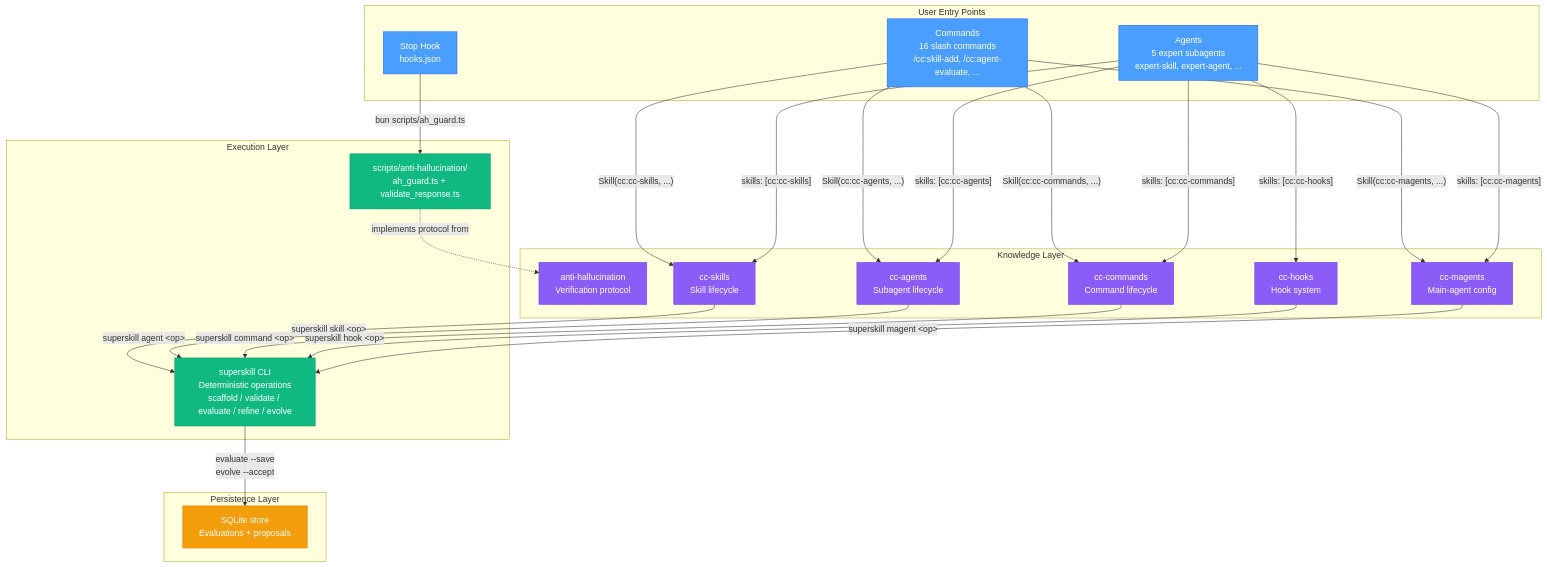
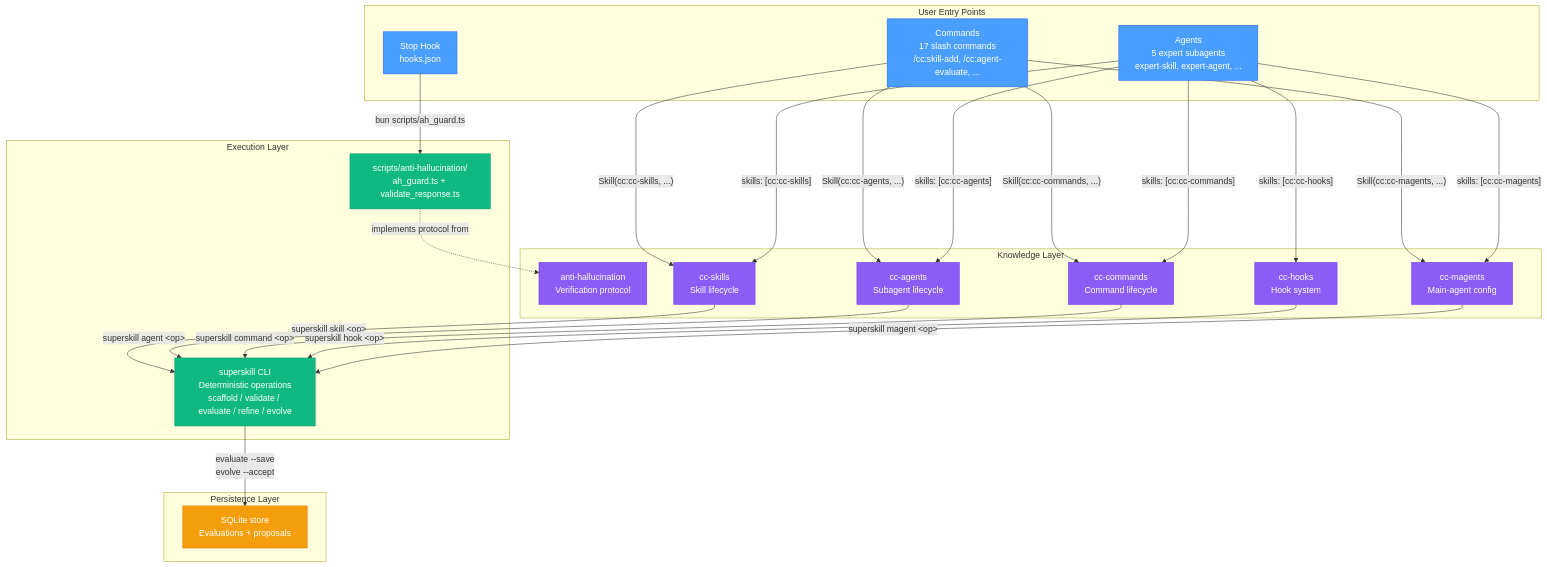
Before and after one commit to gobing-ai/superskill: the diagram in plugins/cc/README.md, drawn with Mermaid. The commit also changed other lines of this file and 4 other files, not shown here.

````diff
--- a/plugins/cc/README.md
+++ b/plugins/cc/README.md
@@ -152,66 +150,65 @@
 ```mermaid
 graph TB
     subgraph "User Entry Points"
-        CMD["Commands<br/>16 slash commands<br/>/cc:skill-add, /cc:agent-evaluate, ..."]
+        CMD["Commands<br/>17 slash commands<br/>/cc:skill-add, /cc:agent-evaluate, ..."]
         AGENT["Agents<br/>5 expert subagents<br/>expert-skill, expert-agent, ..."]
         HOOK["Stop Hook<br/>hooks.json"]
     end
-
     subgraph "Knowledge Layer"
         SKILL_AH["anti-hallucination<br/>Verification protocol"]
         SKILL_AGENTS["cc-agents<br/>Subagent lifecycle"]
         SKILL_COMMANDS["cc-commands<br/>Command lifecycle"]
         SKILL_HOOKS["cc-hooks<br/>Hook system"]
         SKILL_MAGENTS["cc-magents<br/>Main-agent config"]
         SKILL_SKILLS["cc-skills<br/>Skill lifecycle"]
     end
 
     subgraph "Execution Layer"
         CLI["superskill CLI<br/>Deterministic operations<br/>scaffold / validate / evaluate / refine / evolve"]
         SCRIPT["scripts/anti-hallucination/<br/>ah_guard.ts + validate_response.ts"]
     end
 
     subgraph "Persistence Layer"
         DB["SQLite store<br/>Evaluations + proposals"]
     end
 
     %% Command → Skill delegations
     CMD -->|"Skill(cc:cc-skills, ...)"| SKILL_SKILLS
     CMD -->|"Skill(cc:cc-agents, ...)"| SKILL_AGENTS
     CMD -->|"Skill(cc:cc-commands, ...)"| SKILL_COMMANDS
     CMD -->|"Skill(cc:cc-magents, ...)"| SKILL_MAGENTS
 
     %% Agent → Skill bindings
     AGENT -->|"skills: [cc:cc-skills]"| SKILL_SKILLS
     AGENT -->|"skills: [cc:cc-agents]"| SKILL_AGENTS
     AGENT -->|"skills: [cc:cc-commands]"| SKILL_COMMANDS
     AGENT -->|"skills: [cc:cc-hooks]"| SKILL_HOOKS
     AGENT -->|"skills: [cc:cc-magents]"| SKILL_MAGENTS
 
     %% Hook → Script
     HOOK -->|"bun scripts/ah_guard.ts"| SCRIPT
 
     %% Script ↔ Skill knowledge
     SCRIPT -.->|"implements protocol from"| SKILL_AH
 
     %% Skill → CLI delegations
     SKILL_SKILLS -->|"superskill skill &lt;op&gt;"| CLI
     SKILL_AGENTS -->|"superskill agent &lt;op&gt;"| CLI
     SKILL_COMMANDS -->|"superskill command &lt;op&gt;"| CLI
     SKILL_HOOKS -->|"superskill hook &lt;op&gt;"| CLI
     SKILL_MAGENTS -->|"superskill magent &lt;op&gt;"| CLI
 
     %% CLI → DB
     CLI -->|"evaluate --save<br/>evolve --accept"| DB
 
     %% Styling
     classDef entry fill:#4a9eff,color:#fff,stroke:#2563eb
     classDef knowledge fill:#8b5cf6,color:#fff,stroke:#7c3aed
     classDef execution fill:#10b981,color:#fff,stroke:#059669
     classDef storage fill:#f59e0b,color:#fff,stroke:#d97706
 
     class CMD,AGENT,HOOK entry
     class SKILL_AH,SKILL_AGENTS,SKILL_COMMANDS,SKILL_HOOKS,SKILL_MAGENTS,SKILL_SKILLS knowledge
     class CLI,SCRIPT execution
     class DB storage
 ```
````
